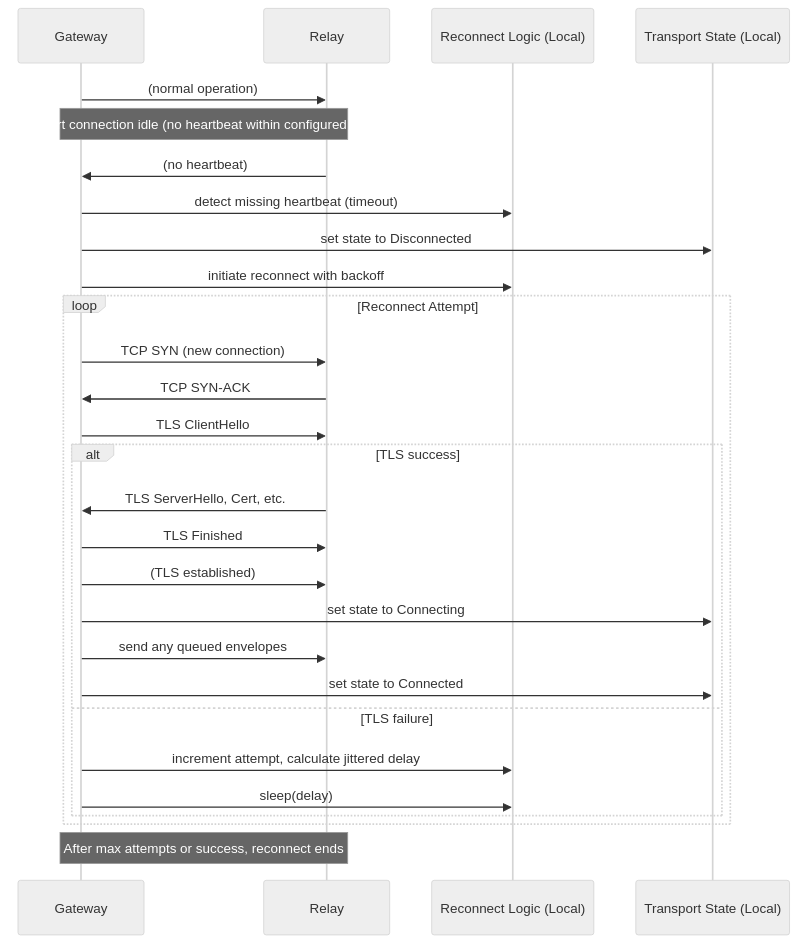
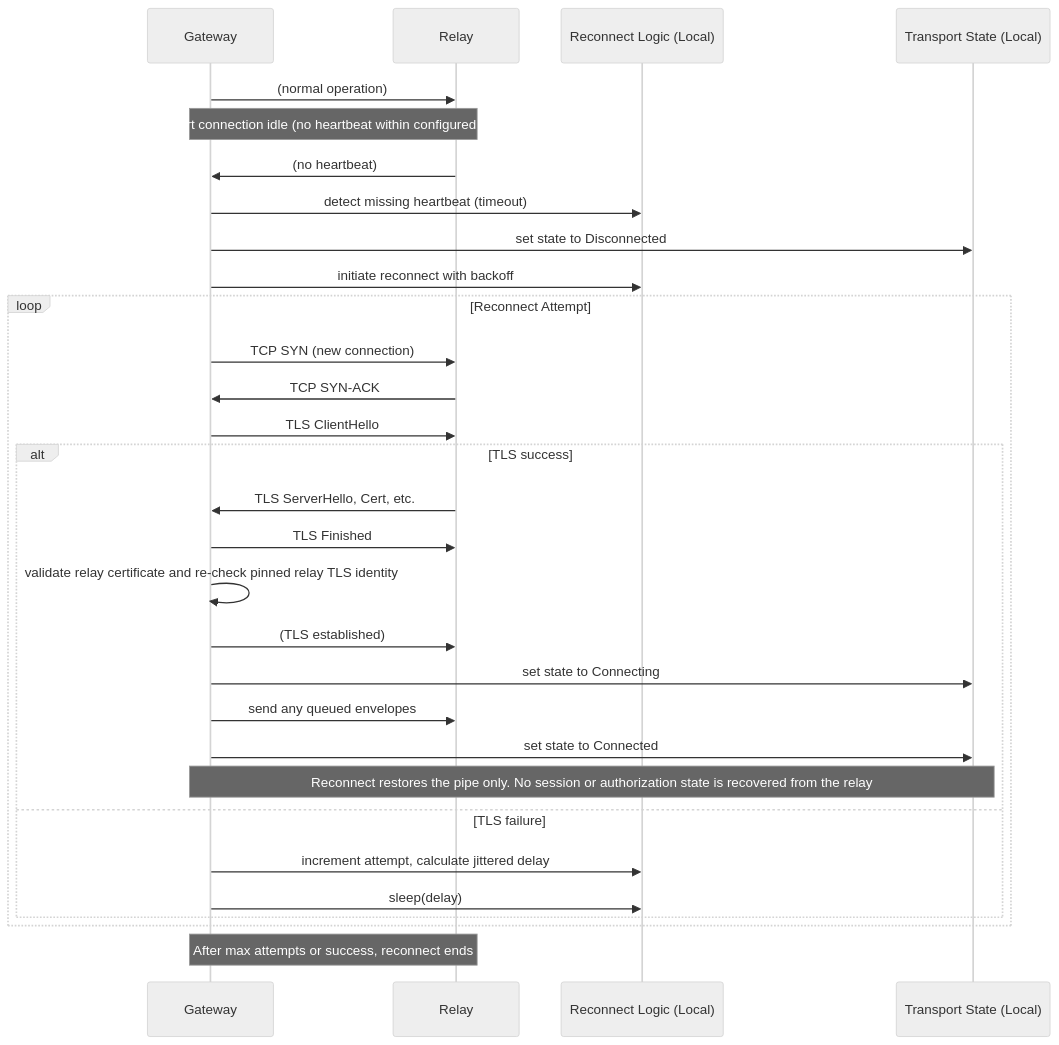
Before and after one commit to oaslananka/kicad-mcp-pro-gateway: the fourth of 8 diagrams in docs/security/sequence-diagrams.md, drawn with Mermaid (neutral theme). The commit also changed other lines of this file and 3 other files, not shown here.

First line of the commit message:
docs: fail closed on out-of-window messages and pin relay identity to TLS

````diff
--- a/docs/security/sequence-diagrams.md
+++ b/docs/security/sequence-diagrams.md
@@ -79,31 +88,33 @@
 ```mermaid
 sequenceDiagram
     participant Gateway
     participant Relay
     participant ReconnectLogic as Reconnect Logic (Local)
     participant TransportState as Transport State (Local)
 
     Gateway->>Relay: (normal operation)
     Note over Gateway,Relay: Transport connection idle (no heartbeat within configured timeout)
     Relay->>Gateway: (no heartbeat)
     Gateway->>ReconnectLogic: detect missing heartbeat (timeout)
     Gateway->>TransportState: set state to Disconnected
     Gateway->>ReconnectLogic: initiate reconnect with backoff
     loop Reconnect Attempt
         Gateway->>Relay: TCP SYN (new connection)
         Relay->>Gateway: TCP SYN-ACK
         Gateway->>Relay: TLS ClientHello
         alt TLS success
             Relay->>Gateway: TLS ServerHello, Cert, etc.
             Gateway->>Relay: TLS Finished
+            Gateway->>Gateway: validate relay certificate and re-check pinned relay TLS identity
             Gateway->>Relay: (TLS established)
             Gateway->>TransportState: set state to Connecting
             Gateway->>Relay: send any queued envelopes
             Gateway->>TransportState: set state to Connected
+            Note over Gateway,TransportState: Reconnect restores the pipe only. No session or authorization state is recovered from the relay
         else TLS failure
             Gateway->>ReconnectLogic: increment attempt, calculate jittered delay
             Gateway->>ReconnectLogic: sleep(delay)
         end
     end
     Note over Gateway,Relay: After max attempts or success, reconnect ends
 ```
````
